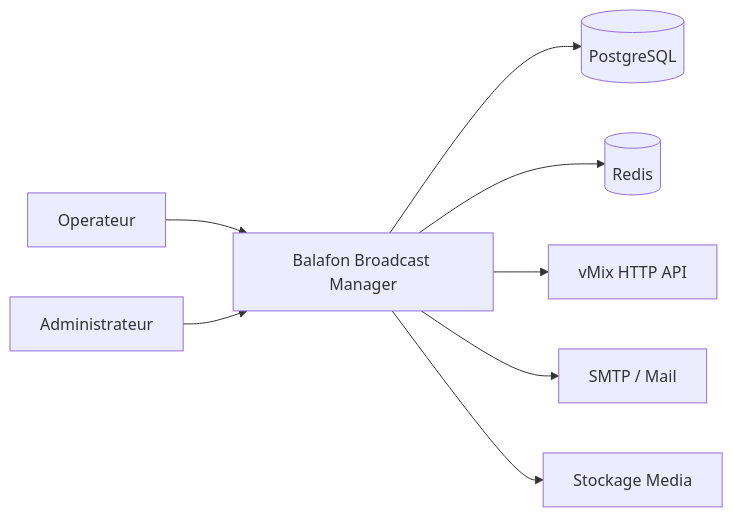
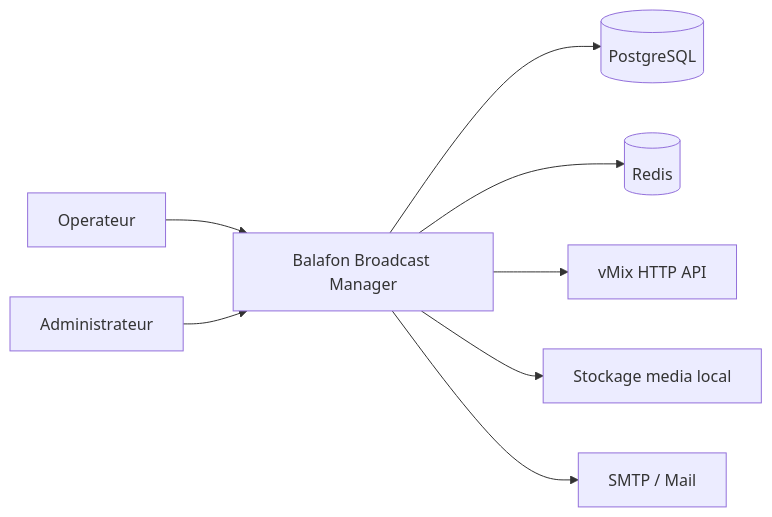
The first of 4 diagrams in docs/poc-architecture.md (MJAK-43/balafon-tv-automation), drawn with Mermaid before and after one commit. The commit also changed other lines of this file and 171 other files, not shown here.

````diff
--- a/docs/poc-architecture.md
+++ b/docs/poc-architecture.md
@@ -247,10 +307,10 @@
 ```mermaid
 flowchart LR
-    U[Operateur] --> W[Balafon Broadcast Manager]
-    A[Administrateur] --> W
-    W --> DB[(PostgreSQL)]
-    W --> R[(Redis)]
-    W --> VM[vMix HTTP API]
-    W --> SMTP[SMTP / Mail]
-    W --> FS[Stockage Media]
+    O[Operateur] --> B[Balafon Broadcast Manager]
+    A[Administrateur] --> B
+    B --> DB[(PostgreSQL)]
+    B --> R[(Redis)]
+    B --> VM[vMix HTTP API]
+    B --> FS[Stockage media local]
+    B --> SMTP[SMTP / Mail]
 ```
````
